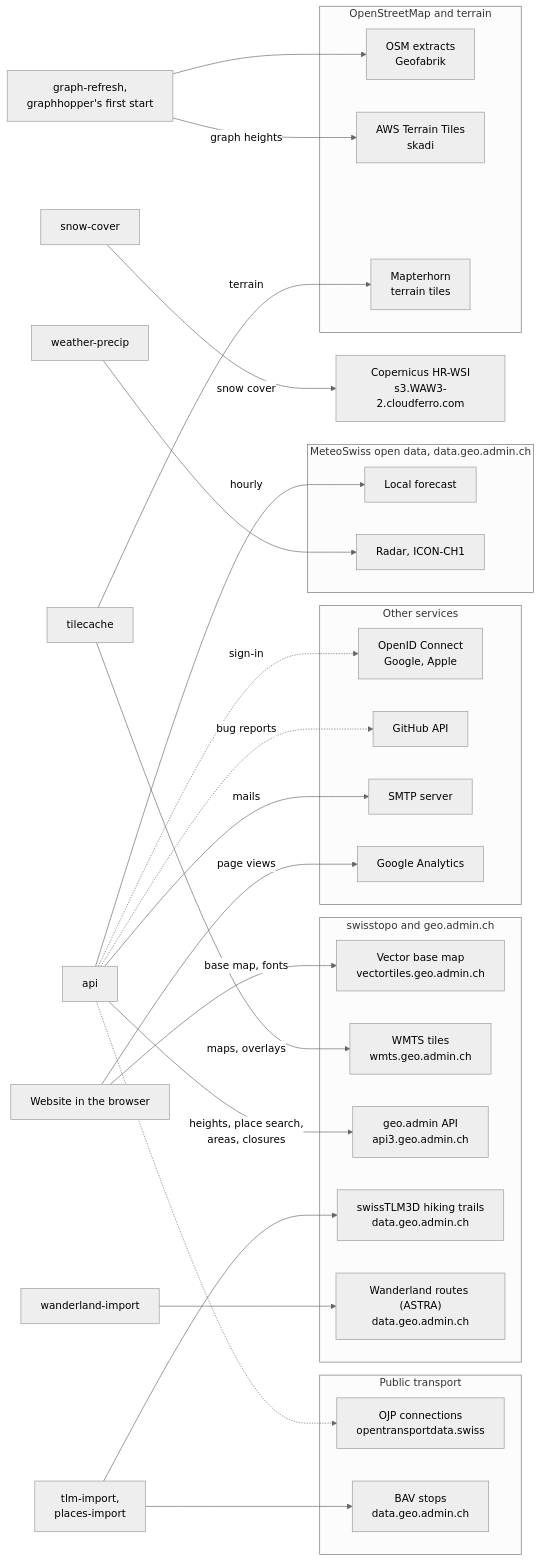
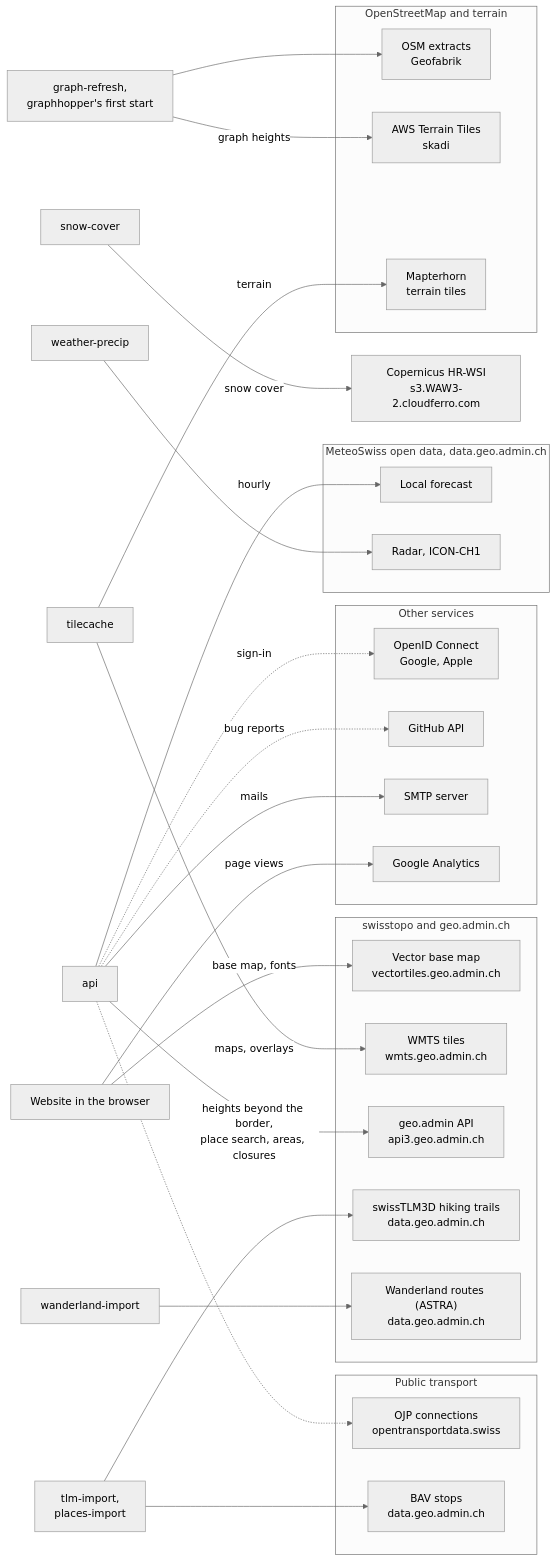
Before and after one commit to tellbow/alvyo: the second of 3 diagrams in docs/architecture.md, drawn with Mermaid (neutral theme). The commit also changed other lines of this file and 17 other files, not shown here.

````diff
--- a/docs/architecture.md
+++ b/docs/architecture.md
@@ -117,60 +124,60 @@
 ```mermaid
 flowchart LR
   browser["Website in the browser"]
   api["api"]
   tiles["tilecache"]
   refresh["graph-refresh,<br/>graphhopper's first start"]
   imports["tlm-import,<br/>places-import"]
   wanderland["wanderland-import"]
   precip["weather-precip"]
   snow["snow-cover"]
 
   subgraph swisstopo["swisstopo and geo.admin.ch"]
     vt["Vector base map<br/>vectortiles.geo.admin.ch"]
     wmts["WMTS tiles<br/>wmts.geo.admin.ch"]
     api3["geo.admin API<br/>api3.geo.admin.ch"]
     tlm["swissTLM3D hiking trails<br/>data.geo.admin.ch"]
     wl["Wanderland routes (ASTRA)<br/>data.geo.admin.ch"]
   end
 
   subgraph meteo["MeteoSwiss open data, data.geo.admin.ch"]
     forecast["Local forecast"]
     radar["Radar, ICON-CH1"]
   end
 
   subgraph transport["Public transport"]
     ojp["OJP connections<br/>opentransportdata.swiss"]
     bav["BAV stops<br/>data.geo.admin.ch"]
   end
 
   subgraph terrain["OpenStreetMap and terrain"]
     geofabrik["OSM extracts<br/>Geofabrik"]
     skadi["AWS Terrain Tiles<br/>skadi"]
     mapterhorn["Mapterhorn<br/>terrain tiles"]
   end
 
   subgraph services["Other services"]
     oidc["OpenID Connect<br/>Google, Apple"]
     github["GitHub API"]
     smtp["SMTP server"]
     ga["Google Analytics"]
   end
 
   browser -- "base map, fonts" --> vt
   browser -- "page views" --> ga
   tiles -- "maps, overlays" --> wmts
   tiles -- "terrain" --> mapterhorn
-  api -- "heights, place search,<br/>areas, closures" --> api3
+  api -- "heights beyond the border,<br/>place search, areas, closures" --> api3
   api -- "hourly" --> forecast
   api -.-> ojp
   api -. "sign-in" .-> oidc
   api -. "bug reports" .-> github
   api -- "mails" --> smtp
   refresh --> geofabrik
   refresh -- "graph heights" --> skadi
   imports --> tlm
   imports --> bav
   wanderland --> wl
   precip --> radar
   snow -- "snow cover" --> clms["Copernicus HR-WSI<br/>s3.WAW3-2.cloudferro.com"]
 ```
````
